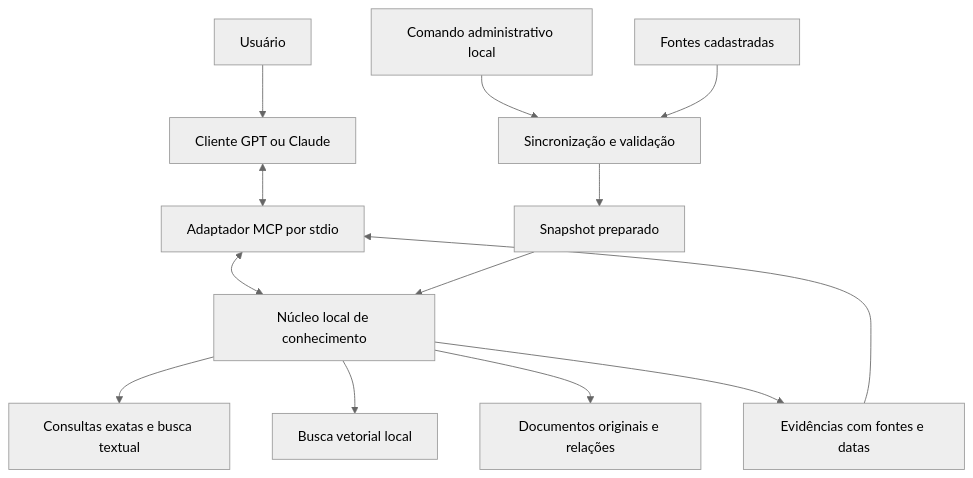
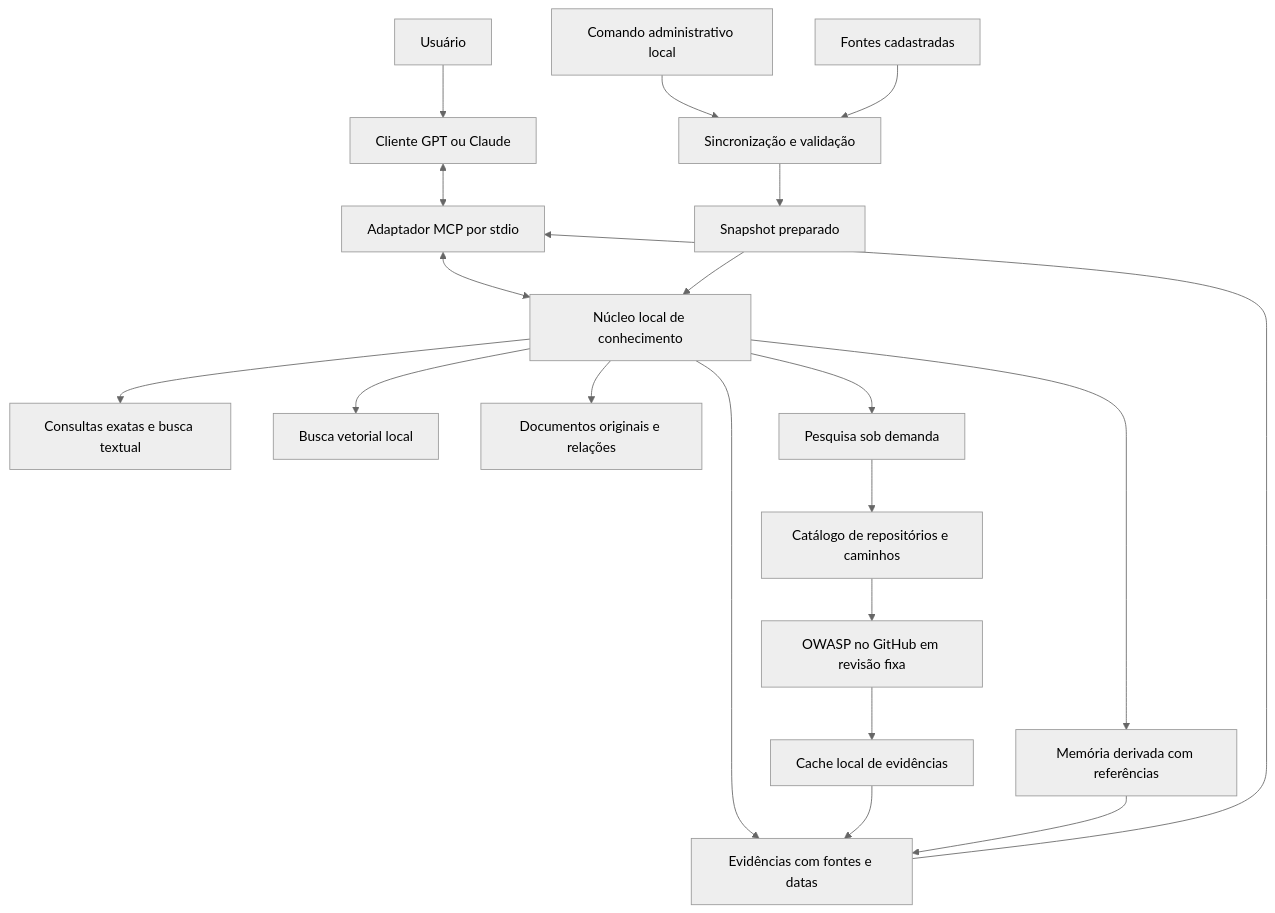
The first of 3 diagrams in docs/ESPECIFICACAO_RAG_MCP.md (joaquimmoraesgabriel-cmyk/mcp-server-cybersecurity), drawn with Mermaid (neutral theme) before and after one commit. The commit also changed other lines of this file and 18 other files, not shown here.

Commit message:
feat: add on-demand OWASP evidence and derived local memory

````diff
--- a/docs/ESPECIFICACAO_RAG_MCP.md
+++ b/docs/ESPECIFICACAO_RAG_MCP.md
@@ -64,15 +79,22 @@
 ```mermaid
 flowchart TB
     U[Usuário] --> H[Cliente GPT ou Claude]
     H <--> A[Adaptador MCP por stdio]
     A <--> K[Núcleo local de conhecimento]
     K --> Q[Consultas exatas e busca textual]
     K --> V[Busca vetorial local]
     K --> D[Documentos originais e relações]
     K --> E[Evidências com fontes e datas]
     E --> A
     O[Comando administrativo local] --> S[Sincronização e validação]
     F[Fontes cadastradas] --> S
     S --> P[Snapshot preparado]
     P --> K
+    K --> R[Pesquisa sob demanda]
+    R --> C[Catálogo de repositórios e caminhos]
+    C --> W[OWASP no GitHub em revisão fixa]
+    W --> B[Cache local de evidências]
+    B --> E
+    K --> M[Memória derivada com referências]
+    M --> E
 ```
````
